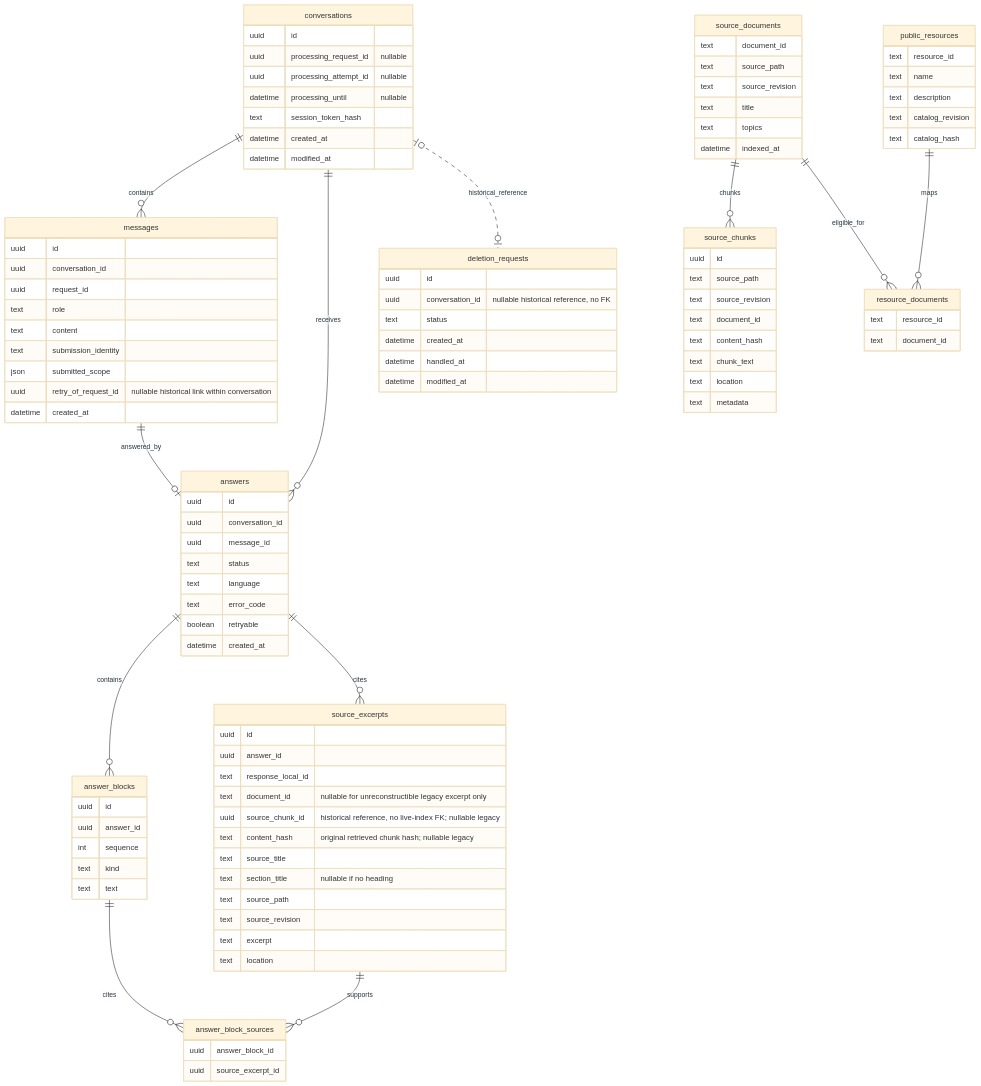
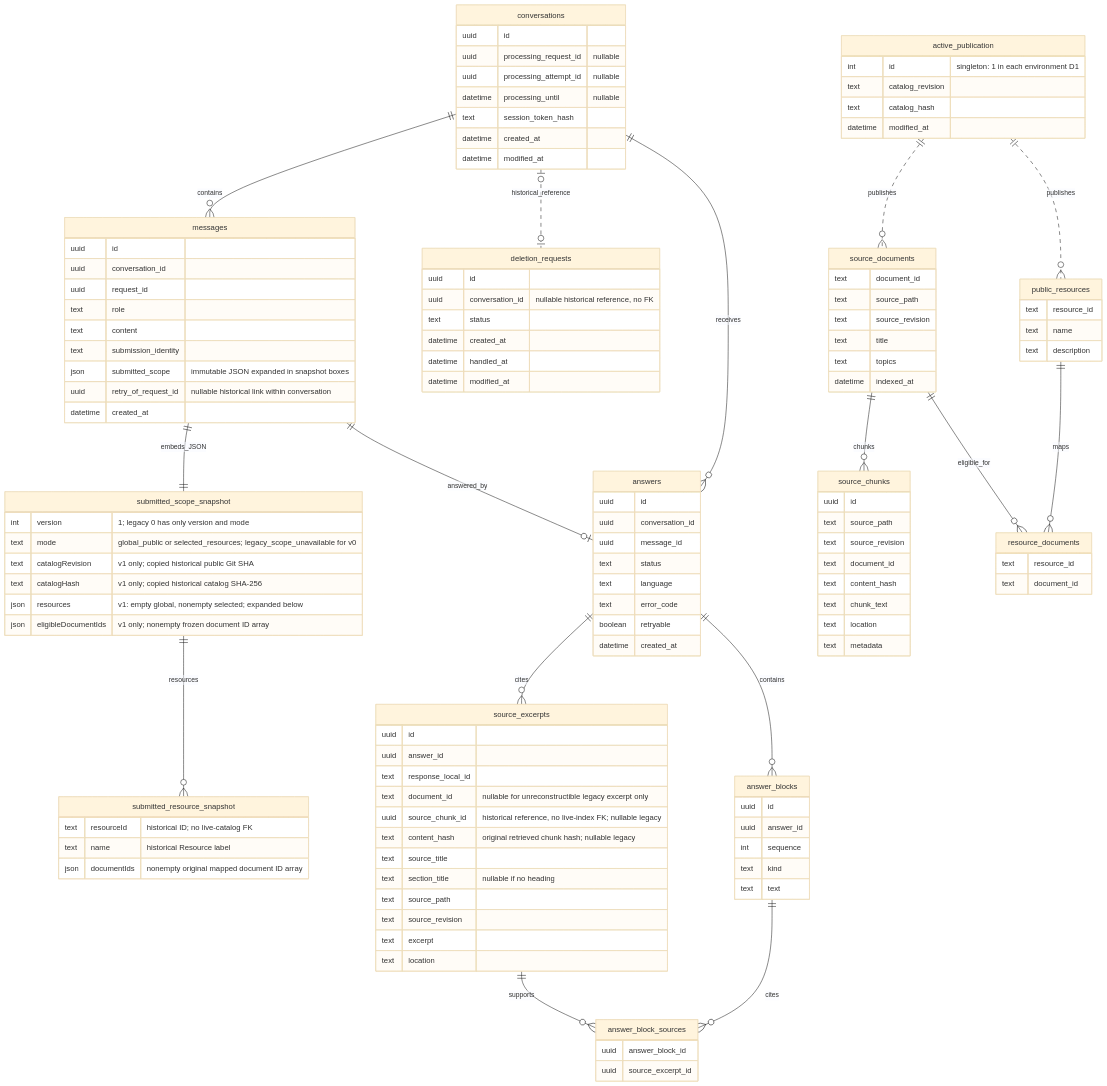
One commit to CanVc/candidate-copilot changed the third of 5 diagrams in docs/_bmad-output/planning-artifacts/architecture/architecture-candidate-copilot-2026-09-11/ARCHITECTURE-SPINE.md. Above: the diagram before and after it, drawn with Mermaid (base theme). The commit also changed other lines of this file and 2 other files, not shown here.

Commit message:
docs: clarify active publication and message scope provenance

````diff
--- a/docs/_bmad-output/planning-artifacts/architecture/architecture-candidate-copilot-2026-09-11/ARCHITECTURE-SPINE.md
+++ b/docs/_bmad-output/planning-artifacts/architecture/architecture-candidate-copilot-2026-09-11/ARCHITECTURE-SPINE.md
@@ -434,6 +434,8 @@
 ```mermaid
 erDiagram
   conversations ||--o{ messages : contains
+  messages ||--|| submitted_scope_snapshot : embeds_JSON
+  submitted_scope_snapshot ||--o{ submitted_resource_snapshot : resources
   conversations ||--o{ answers : receives
   messages ||--o| answers : answered_by
   answers ||--o{ answer_blocks : contains
@@ -441,6 +443,8 @@
   answer_blocks ||--o{ answer_block_sources : cites
   source_excerpts ||--o{ answer_block_sources : supports
   conversations |o..o| deletion_requests : historical_reference
+  active_publication ||..o{ public_resources : publishes
+  active_publication ||..o{ source_documents : publishes
   source_documents ||--o{ source_chunks : chunks
   public_resources ||--o{ resource_documents : maps
   source_documents ||--o{ resource_documents : eligible_for
@@ -461,9 +465,22 @@
     text role
     text content
     text submission_identity
-    json submitted_scope
+    json submitted_scope "immutable JSON expanded in snapshot boxes"
     uuid retry_of_request_id "nullable historical link within conversation"
     datetime created_at
+  }
+  submitted_scope_snapshot {
+    int version "1; legacy 0 has only version and mode"
+    text mode "global_public or selected_resources; legacy_scope_unavailable for v0"
+    text catalogRevision "v1 only; copied historical public Git SHA"
+    text catalogHash "v1 only; copied historical catalog SHA-256"
+    json resources "v1: empty global, nonempty selected; expanded below"
+    json eligibleDocumentIds "v1 only; nonempty frozen document ID array"
+  }
+  submitted_resource_snapshot {
+    text resourceId "historical ID; no live-catalog FK"
+    text name "historical Resource label"
+    json documentIds "nonempty original mapped document ID array"
   }
   answers {
     uuid id
@@ -508,12 +525,16 @@
     datetime handled_at
     datetime modified_at
   }
+  active_publication {
+    int id "singleton: 1 in each environment D1"
+    text catalog_revision
+    text catalog_hash
+    datetime modified_at
+  }
   public_resources {
     text resource_id
     text name
     text description
-    text catalog_revision
-    text catalog_hash
   }
   resource_documents {
     text resource_id
````
